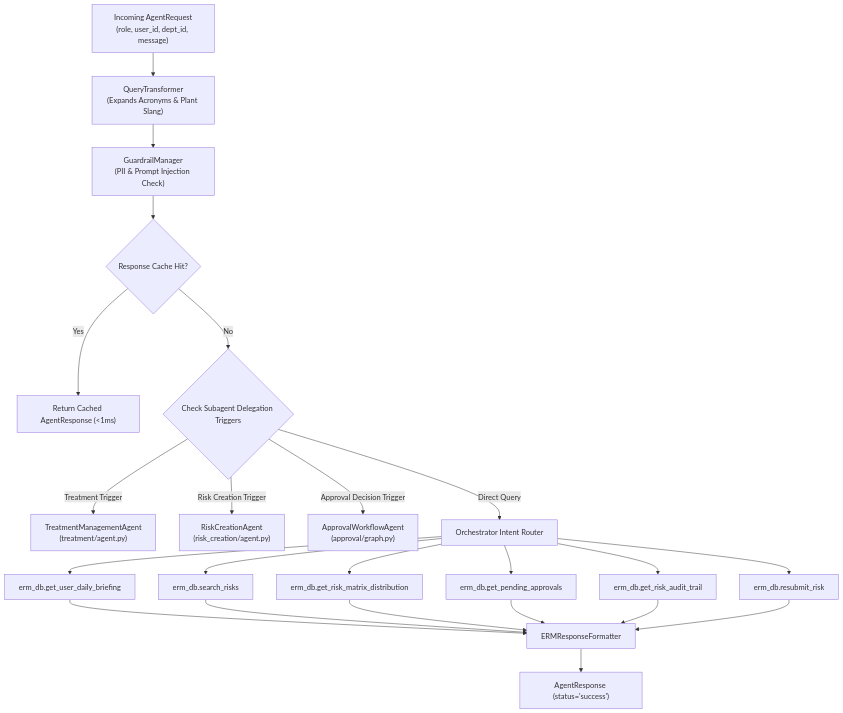
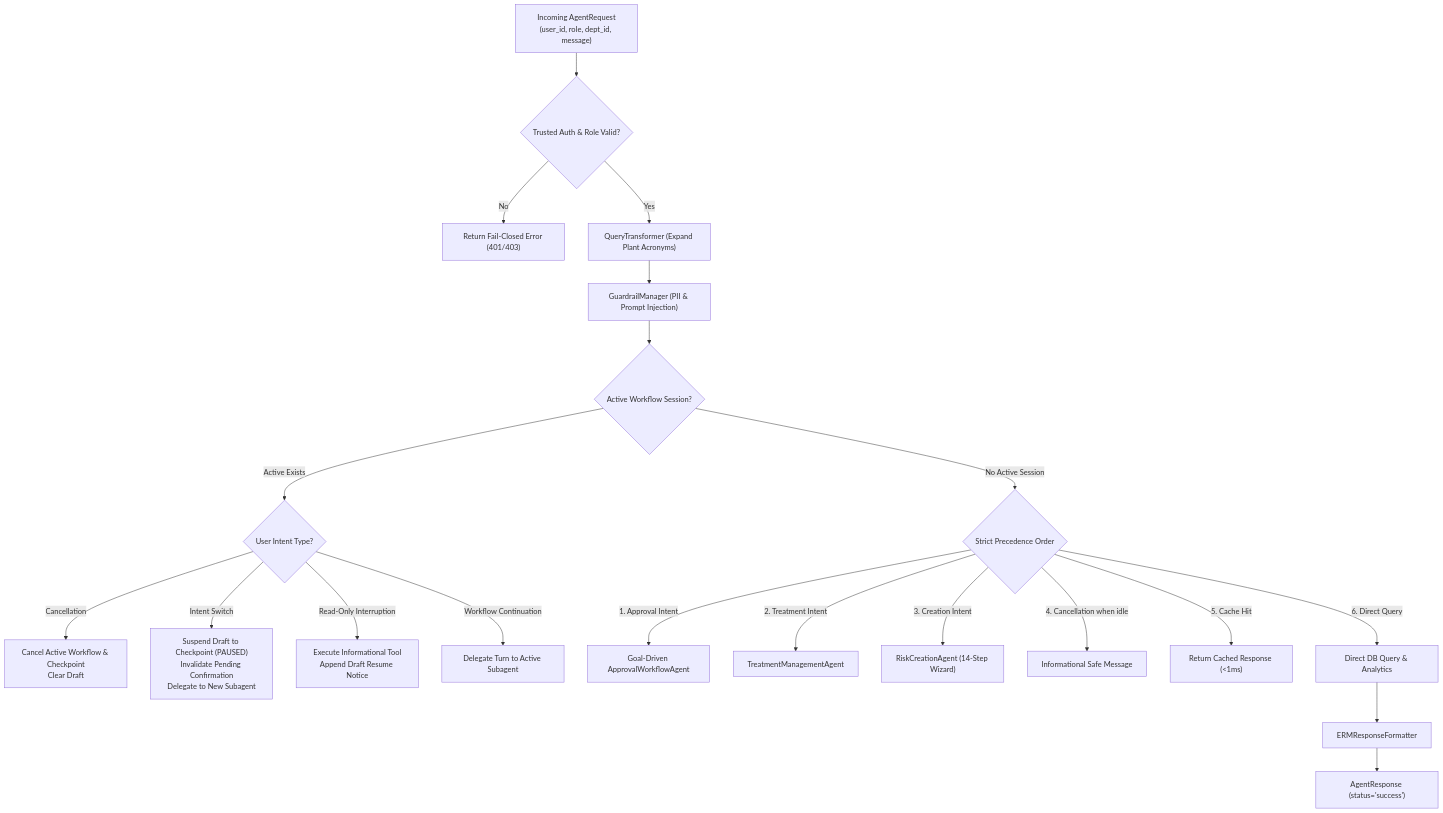
The diagram in ERM_Copilot/docs/agents/01_ORCHESTRATOR_AGENT.md (jasminbabariya22-eng/Enterprise-Risk-Management-System), drawn with Mermaid before and after one commit. The commit also changed other lines of this file and 21 other files, not shown here.

First line of the commit message:
feat(gate): complete final readiness gate, playwright e2e suite, and multi-agent documentation

````diff
--- a/ERM_Copilot/docs/agents/01_ORCHESTRATOR_AGENT.md
+++ b/ERM_Copilot/docs/agents/01_ORCHESTRATOR_AGENT.md
@@ -22,28 +25,28 @@
 ```mermaid
 flowchart TD
-    Req["Incoming AgentRequest\n(role, user_id, dept_id, message)"] --> QT["QueryTransformer\n(Expands Acronyms & Plant Slang)"]
-    QT --> GM["GuardrailManager\n(PII & Prompt Injection Check)"]
-    GM --> CacheCheck{"Response Cache Hit?"}
-    CacheCheck -->|Yes| CacheResp["Return Cached AgentResponse (<1ms)"]
-    CacheCheck -->|No| CheckDelegation{"Check Subagent Delegation Triggers"}
+    Req["Incoming AgentRequest\n(user_id, role, dept_id, message)"] --> AuthCheck{"Trusted Auth & Role Valid?"}
+    AuthCheck -->|No| AuthFail["Return Fail-Closed Error (401/403)"]
+    AuthCheck -->|Yes| QT["QueryTransformer (Expand Plant Acronyms)"]
+    QT --> GM["GuardrailManager (PII & Prompt Injection)"]
     
-    CheckDelegation -->|Treatment Trigger| TreatAgent["TreatmentManagementAgent\n(treatment/agent.py)"]
-    CheckDelegation -->|Risk Creation Trigger| RiskAgent["RiskCreationAgent\n(risk_creation/agent.py)"]
-    CheckDelegation -->|Approval Decision Trigger| ApprAgent["ApprovalWorkflowAgent\n(approval/graph.py)"]
-    CheckDelegation -->|Direct Query| IntentRouter["Orchestrator Intent Router"]
+    GM --> CheckActive{"Active Workflow Session?"}
     
-    IntentRouter --> Tool1["erm_db.get_user_daily_briefing"]
-    IntentRouter --> Tool2["erm_db.search_risks"]
-    IntentRouter --> Tool3["erm_db.get_risk_matrix_distribution"]
-    IntentRouter --> Tool4["erm_db.get_pending_approvals"]
-    IntentRouter --> Tool5["erm_db.get_risk_audit_trail"]
-    IntentRouter --> Tool6["erm_db.resubmit_risk"]
+    %% Branch A: Active Workflow Exists
+    CheckActive -->|Active Exists| WfBranch{"User Intent Type?"}
+    WfBranch -->|Cancellation| CancelWf["Cancel Active Workflow & Checkpoint\nClear Draft"]
+    WfBranch -->|Intent Switch| SuspendWf["Suspend Draft to Checkpoint (PAUSED)\nInvalidate Pending Confirmation\nDelegate to New Subagent"]
+    WfBranch -->|Read-Only Interruption| DirectRead["Execute Informational Tool\nAppend Draft Resume Notice"]
+    WfBranch -->|Workflow Continuation| ActiveSubagent["Delegate Turn to Active Subagent"]
     
-    Tool1 --> Formatter["ERMResponseFormatter"]
-    Tool2 --> Formatter
-    Tool3 --> Formatter
-    Tool4 --> Formatter
-    Tool5 --> Formatter
-    Tool6 --> Formatter
-    Formatter --> Resp["AgentResponse (status='success')"]
+    %% Branch B: No Active Workflow (Precedence Routing)
+    CheckActive -->|No Active Session| Precedence{"Strict Precedence Order"}
+    Precedence -->|1. Approval Intent| ApprWf["Goal-Driven ApprovalWorkflowAgent"]
+    Precedence -->|2. Treatment Intent| TreatWf["TreatmentManagementAgent"]
+    Precedence -->|3. Creation Intent| RiskWf["RiskCreationAgent (14-Step Wizard)"]
+    Precedence -->|4. Cancellation when idle| IdleCancel["Informational Safe Message"]
+    Precedence -->|5. Cache Hit| Cached["Return Cached Response (<1ms)"]
+    Precedence -->|6. Direct Query| DirectQueryEngine["Direct DB Query & Analytics"]
+    
+    DirectQueryEngine --> Formatter["ERMResponseFormatter"]
+    Formatter --> FinalResp["AgentResponse (status='success')"]
 ```
````
